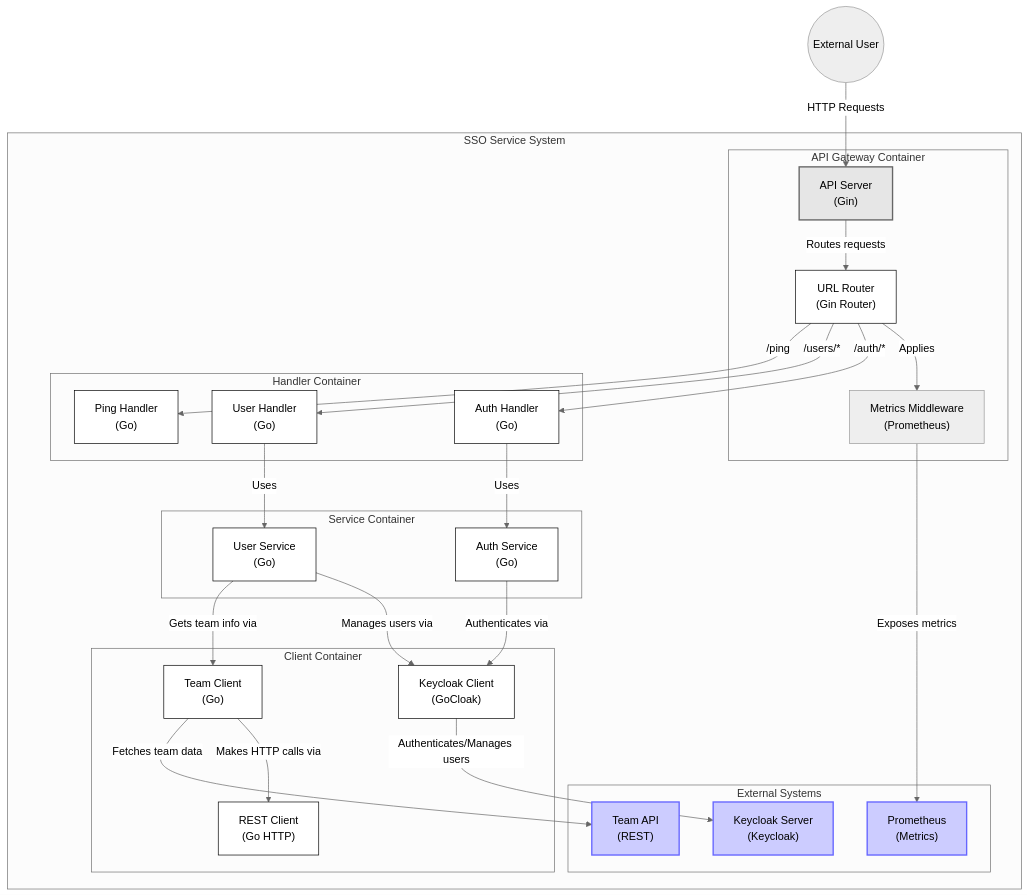
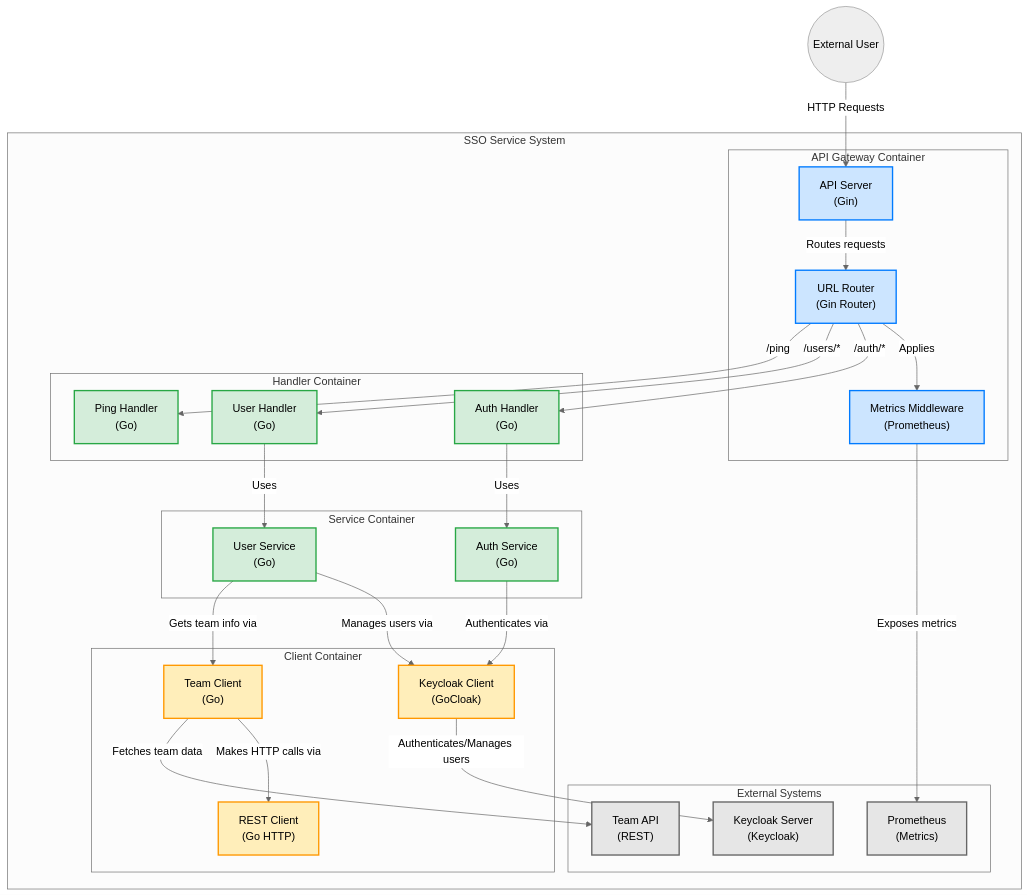
Before and after one commit to furialfonso/sso-service: the diagram in README.md, drawn with Mermaid (neutral theme).

Commit message:
update diagram

````diff
--- a/README.md
+++ b/README.md
@@ -75,12 +75,28 @@
     KeycloakClient -->|"Authenticates/Manages users"| Keycloak
     TeamClient -->|"Fetches team data"| TeamAPI
 
-    %% Styling
-    classDef container fill:#e6e6e6,stroke:#666,stroke-width:2px
-    classDef component fill:#fff,stroke:#000,stroke-width:1px
-    classDef external fill:#ccf,stroke:#66f,stroke-width:2px
-    
-    class GinServer,Handler,Service,Client container
-    class Router,AuthHandler,UserHandler,PingHandler,AuthService,UserService,KeycloakClient,RestClient,TeamClient component
-    class Keycloak,TeamAPI,PrometheusMetrics external
+    %% Styling TOGAF
+    classDef apiLayer fill:#cce5ff,stroke:#007bff,stroke-width:2px;
+    classDef appLayer fill:#d4edda,stroke:#28a745,stroke-width:2px;
+    classDef integrationLayer fill:#ffeeba,stroke:#ff9800,stroke-width:2px;
+    classDef infraLayer fill:#e6e6e6,stroke:#666,stroke-width:2px;
+
+    class GinServer apiLayer;
+    class Router apiLayer;
+    class MetricsMiddleware apiLayer;
+
+    class AuthHandler appLayer;
+    class UserHandler appLayer;
+    class PingHandler appLayer;
+
+    class AuthService appLayer;
+    class UserService appLayer;
+
+    class KeycloakClient integrationLayer;
+    class RestClient integrationLayer;
+    class TeamClient integrationLayer;
+
+    class Keycloak infraLayer;
+    class TeamAPI infraLayer;
+    class PrometheusMetrics infraLayer;
 ```
````
